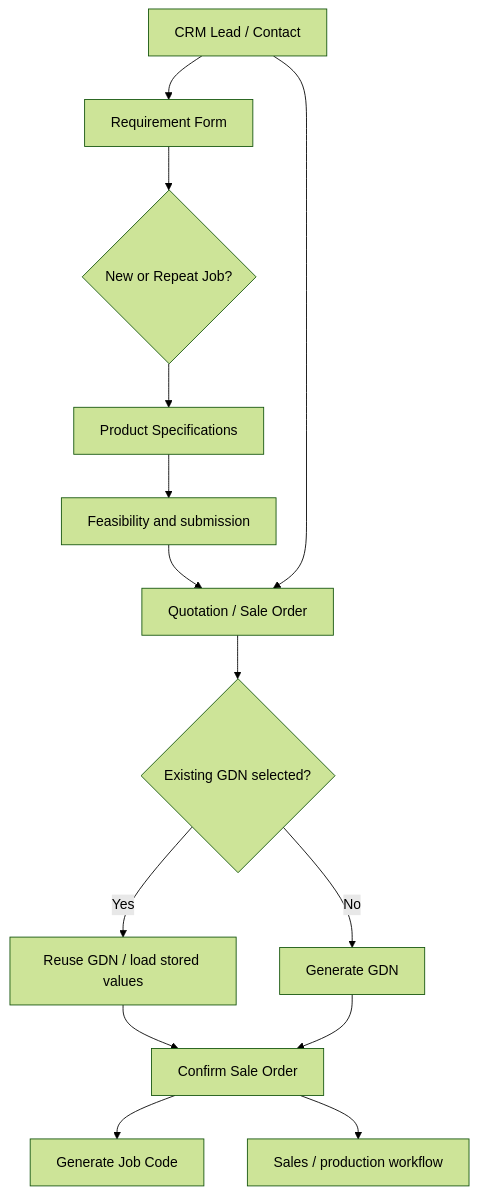
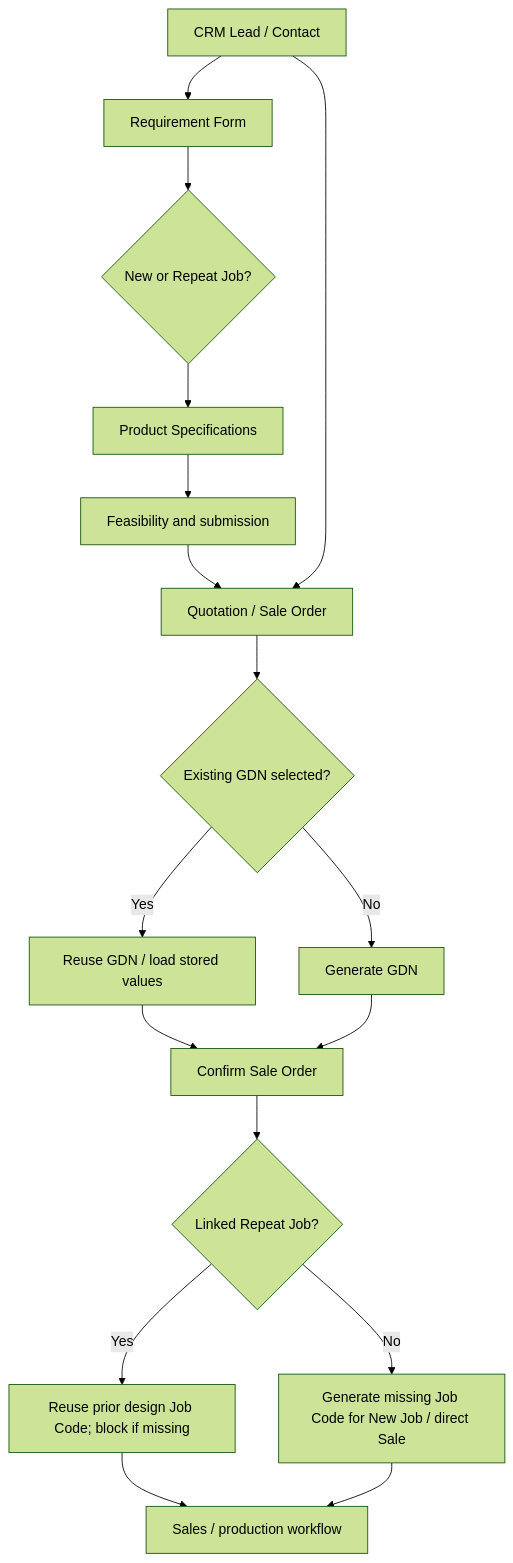
One commit to dev-lamia/custom19s changed the diagram in crm_requirement_form/README.md. Above: the diagram before and after it, drawn with Mermaid (forest theme). The commit also changed other lines of this file and 5 other files, not shown here.

````diff
--- a/crm_requirement_form/README.md
+++ b/crm_requirement_form/README.md
@@ -139,16 +140,19 @@
 ```mermaid
 flowchart TD
     A[CRM Lead / Contact] --> B[Requirement Form]
     B --> C{New or Repeat Job?}
     C --> D[Product Specifications]
     D --> E[Feasibility and submission]
     E --> F[Quotation / Sale Order]
     A --> F
     F --> G{Existing GDN selected?}
     G -->|Yes| H[Reuse GDN / load stored values]
     G -->|No| I[Generate GDN]
     H --> J[Confirm Sale Order]
     I --> J
-    J --> K[Generate Job Code]
-    J --> L[Sales / production workflow]
+    J --> K{Linked Repeat Job?}
+    K -->|Yes| M[Reuse prior design Job Code; block if missing]
+    K -->|No| N[Generate missing Job Code for New Job / direct Sale]
+    M --> L[Sales / production workflow]
+    N --> L
 ```
````
